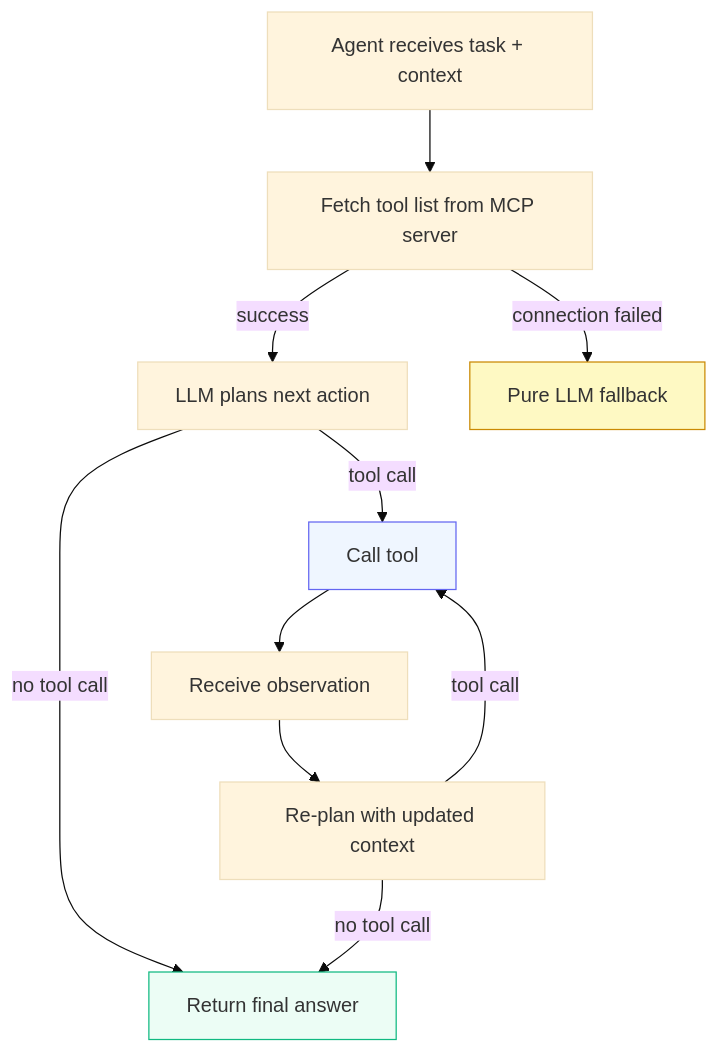
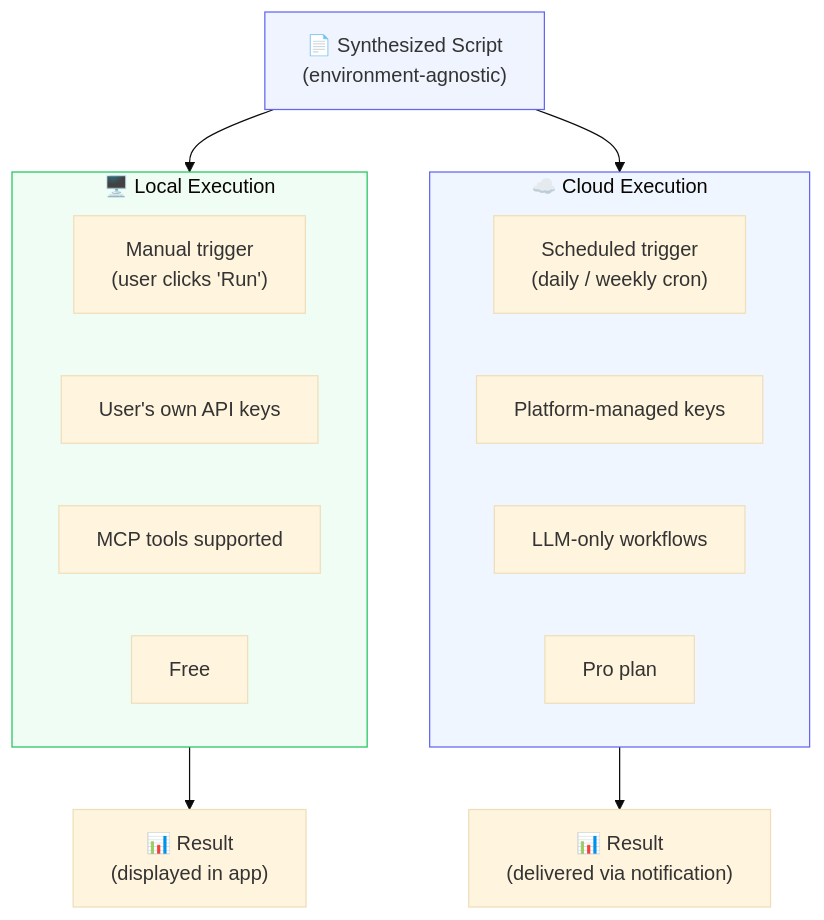
One commit to whitebearhands/hierarch_public changed the ninth of 14 diagrams in README.md. Above: the diagram before and after it, drawn with Mermaid (base theme). The commit also changed other lines of this file, not shown here.

````diff
--- a/README.md
+++ b/README.md
@@ -227,25 +231,28 @@
 ```mermaid
 flowchart TD
-    START["Agent receives task + context"]
-    TOOLS["Fetch tool list from MCP server"]
-    PLAN["LLM plans next action"]
-    CALL["Call tool"]
-    OBS["Receive observation"]
-    REPLAN["Re-plan with updated context"]
-    DONE["Return final answer"]
-    FALLBACK["Pure LLM fallback"]
+    SCRIPT["📄 Synthesized Script\n(environment-agnostic)"]
 
-    START --> TOOLS
-    TOOLS -->|success| PLAN
-    TOOLS -->|connection failed| FALLBACK
-    PLAN -->|tool call| CALL
-    PLAN -->|no tool call| DONE
-    CALL --> OBS
-    OBS --> REPLAN
-    REPLAN -->|tool call| CALL
-    REPLAN -->|no tool call| DONE
+    SCRIPT --> LOCAL
+    SCRIPT --> SERVER
 
-    style DONE fill:#ecfdf5,stroke:#10b981
-    style FALLBACK fill:#fef9c3,stroke:#ca8a04
-    style CALL fill:#eff6ff,stroke:#6366f1
+    subgraph LOCAL["🖥️ Local Execution"]
+        L1["Manual trigger\n(user clicks 'Run')"]
+        L2["User's own API keys"]
+        L3["MCP tools supported"]
+        L4["Free"]
+    end
+
+    subgraph SERVER["☁️ Cloud Execution"]
+        S1["Scheduled trigger\n(daily / weekly cron)"]
+        S2["Platform-managed keys"]
+        S3["LLM-only workflows"]
+        S4["Pro plan"]
+    end
+
+    LOCAL --> R1["📊 Result\n(displayed in app)"]
+    SERVER --> R2["📊 Result\n(delivered via notification)"]
+
+    style SCRIPT fill:#f0f4ff,stroke:#6366f1
+    style LOCAL fill:#f0fdf4,stroke:#22c55e
+    style SERVER fill:#eff6ff,stroke:#6366f1
 ```
````
